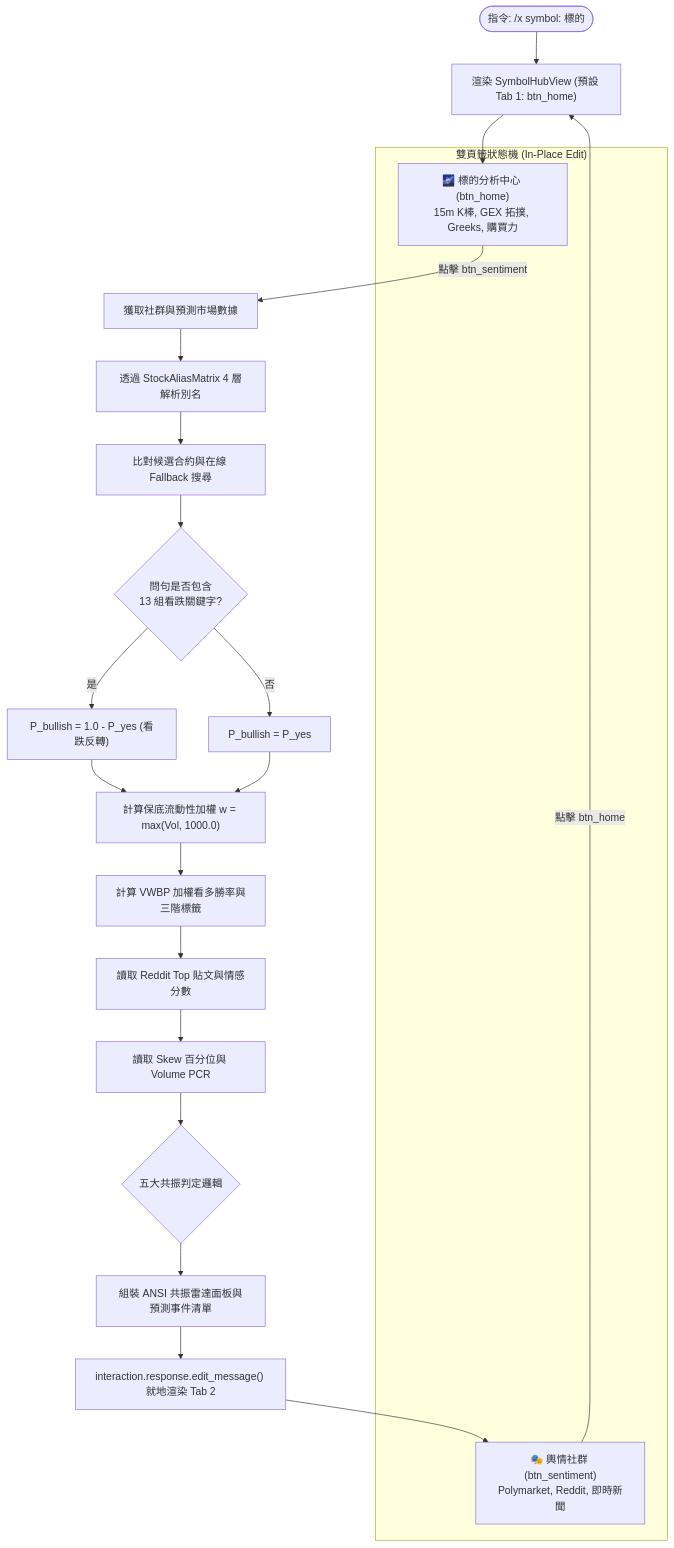
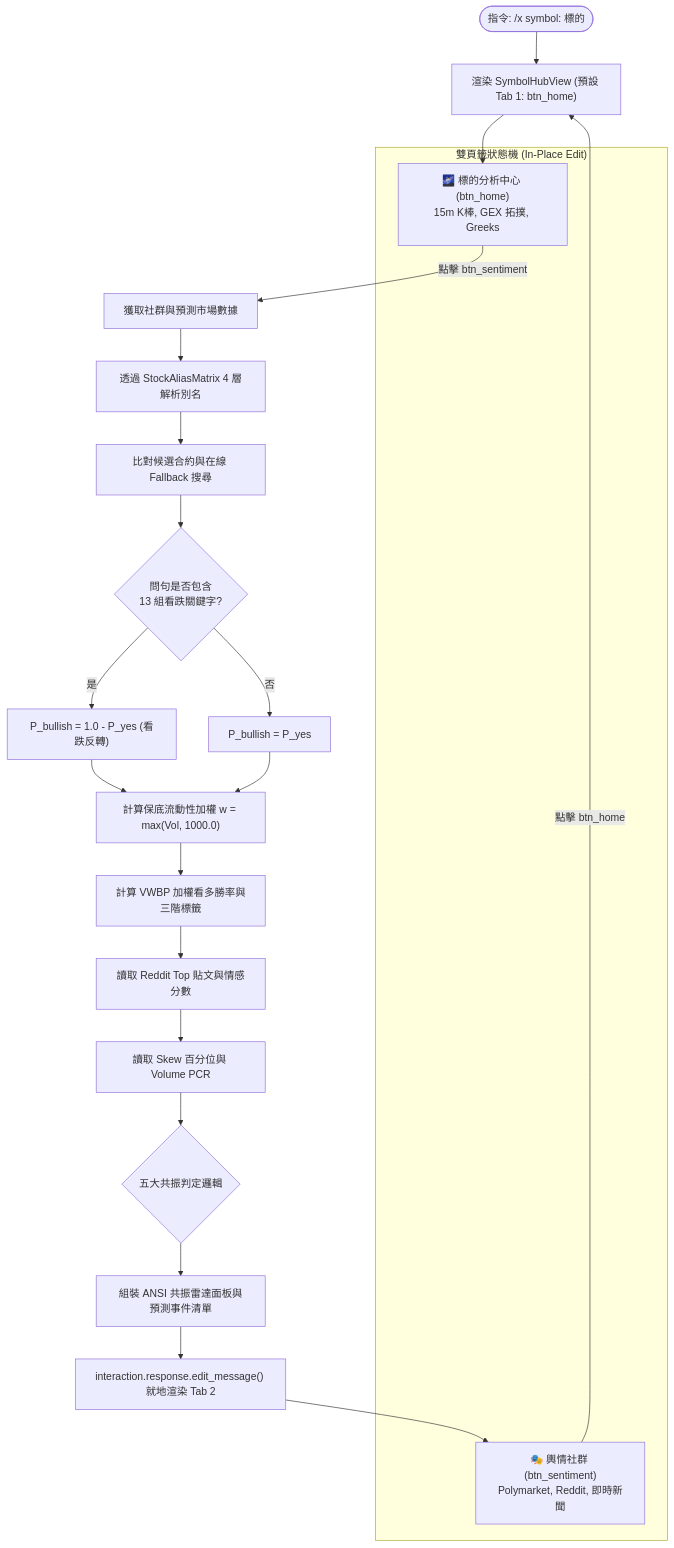
The diagram in docs/macro_sentiment/04_polymarket_vwbp_sentiment_radar.md (cosmo-chang-1701/nexus-seeker), drawn with Mermaid before and after one commit. The commit also changed 11 other files, not shown here.

````diff
--- a/docs/macro_sentiment/04_polymarket_vwbp_sentiment_radar.md
+++ b/docs/macro_sentiment/04_polymarket_vwbp_sentiment_radar.md
@@ -106,32 +106,32 @@
 ```mermaid
 flowchart TD
     UserCmd(["指令: /x symbol: 標的"]) --> RenderHub["渲染 SymbolHubView (預設 Tab 1: btn_home)"]
 
     subgraph TabSwitch ["雙頁籤狀態機 (In-Place Edit)"]
-        TabHome["🌌 標的分析中心 (btn_home)<br/>15m K棒, GEX 拓撲, Greeks, 購買力"]
+        TabHome["🌌 標的分析中心 (btn_home)<br/>15m K棒, GEX 拓撲, Greeks"]
         TabSentiment["🎭 輿情社群 (btn_sentiment)<br/>Polymarket, Reddit, 即時新聞"]
     end
 
     RenderHub --> TabHome
     TabHome -- 點擊 btn_sentiment --> FetchSentimentData[獲取社群與預測市場數據]
     TabSentiment -- 點擊 btn_home --> RenderHub
 
     FetchSentimentData --> AliasLookup[透過 StockAliasMatrix 4 層解析別名]
     AliasLookup --> MatchPoly[比對候選合約與在線 Fallback 搜尋]
 
     MatchPoly --> CheckBearish{"問句是否包含<br/>13 組看跌關鍵字?"}
     CheckBearish -- 是 --> InvertProb["P_bullish = 1.0 - P_yes (看跌反轉)"]
     CheckBearish -- 否 --> KeepProb["P_bullish = P_yes"]
 
     InvertProb --> ApplyWeight["計算保底流動性加權 w = max(Vol, 1000.0)"]
     KeepProb --> ApplyWeight
 
     ApplyWeight --> ComputeVWBP["計算 VWBP 加權看多勝率與三階標籤"]
     ComputeVWBP --> FetchReddit["讀取 Reddit Top 貼文與情感分數"]
     FetchReddit --> FetchGreeks["讀取 Skew 百分位與 Volume PCR"]
 
     FetchGreeks --> ResonanceEngine{五大共振判定邏輯}
     ResonanceEngine --> BuildANSI["組裝 ANSI 共振雷達面板與預測事件清單"]
     BuildANSI --> EditMsg["interaction.response.edit_message() 就地渲染 Tab 2"]
     EditMsg --> TabSentiment
 ```
````
